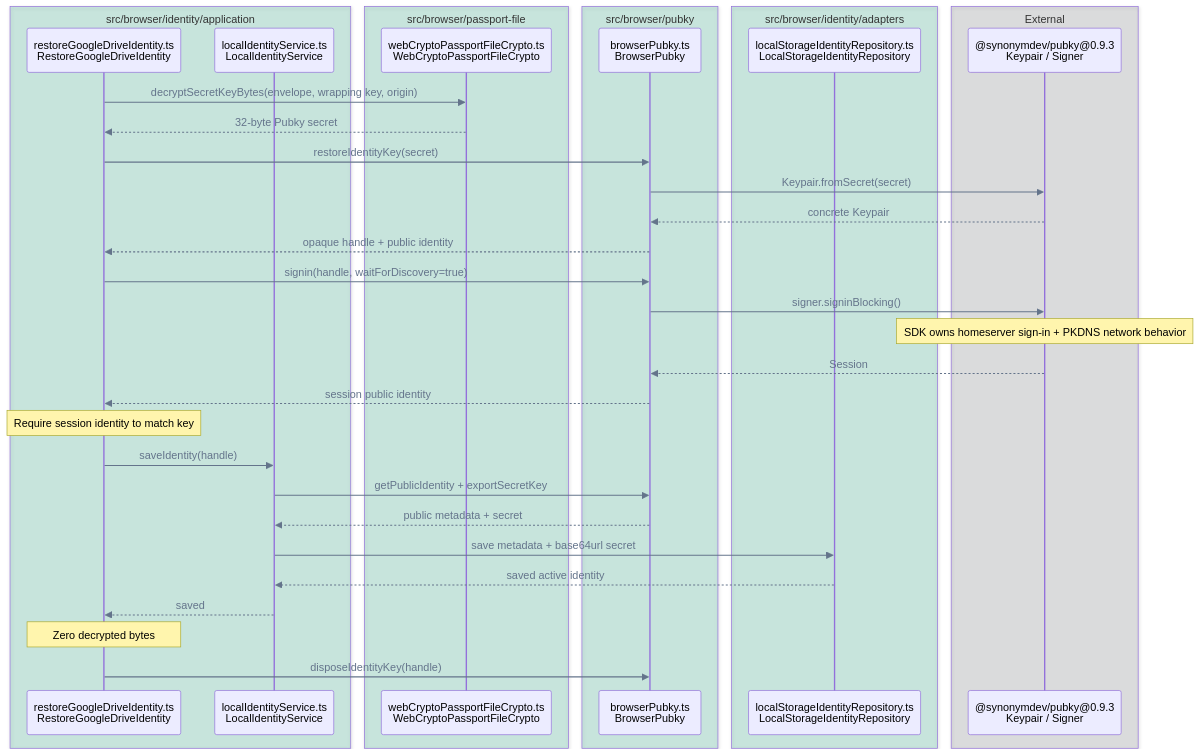
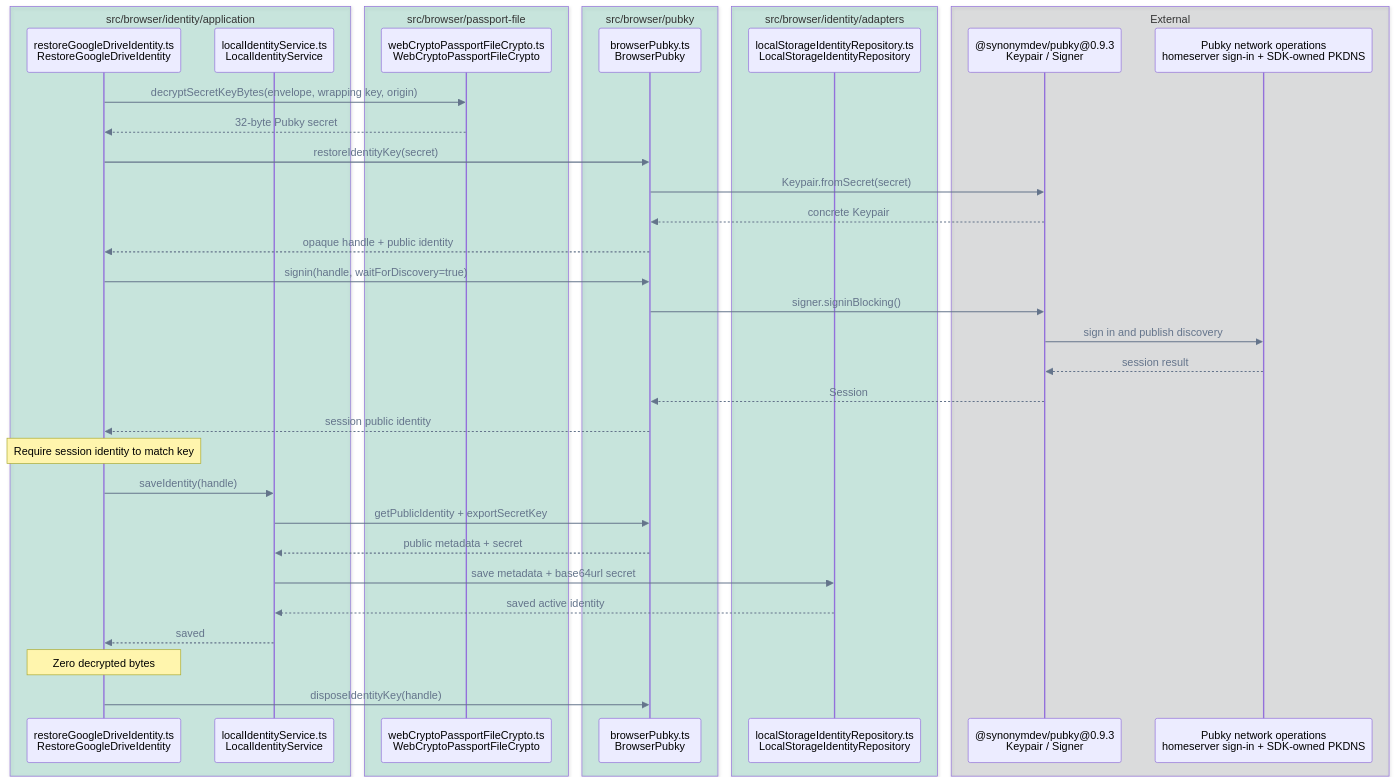
One commit to pubky/pubky-passport changed the ninth of 14 diagrams in FLOWS.md. Above: the diagram before and after it, drawn with Mermaid. The commit also changed other lines of this file, not shown here.

````diff
--- a/FLOWS.md
+++ b/FLOWS.md
@@ -436,43 +429,45 @@
 ```mermaid
 %%{init: {"themeVariables": {"signalColor": "#64748B", "signalTextColor": "#64748B"}}}%%
 sequenceDiagram
     accTitle: Existing identity restore call flow
     accDescr: Browser crypto decrypts the Drive envelope, BrowserPubky signs in with the restored key, and the verified identity is saved locally.
     box rgba(0, 158, 115, 0.18) src/browser/identity/application
         participant Restore as restoreGoogleDriveIdentity.ts<br/>RestoreGoogleDriveIdentity
         participant Local as localIdentityService.ts<br/>LocalIdentityService
     end
     box rgba(0, 158, 115, 0.18) src/browser/passport-file
         participant Crypto as webCryptoPassportFileCrypto.ts<br/>WebCryptoPassportFileCrypto
     end
     box rgba(0, 158, 115, 0.18) src/browser/pubky
         participant Pubky as browserPubky.ts<br/>BrowserPubky
     end
     box rgba(0, 158, 115, 0.18) src/browser/identity/adapters
         participant Repo as localStorageIdentityRepository.ts<br/>LocalStorageIdentityRepository
     end
     box rgba(17, 24, 39, 0.12) External
         participant SDK as @synonymdev/pubky@0.9.3<br/>Keypair / Signer
+        participant Network as Pubky network operations<br/>homeserver sign-in + SDK-owned PKDNS
     end
 
     Restore->>Crypto: decryptSecretKeyBytes(envelope, wrapping key, origin)
     Crypto-->>Restore: 32-byte Pubky secret
     Restore->>Pubky: restoreIdentityKey(secret)
     Pubky->>SDK: Keypair.fromSecret(secret)
     SDK-->>Pubky: concrete Keypair
     Pubky-->>Restore: opaque handle + public identity
     Restore->>Pubky: signin(handle, waitForDiscovery=true)
     Pubky->>SDK: signer.signinBlocking()
-    Note over SDK: SDK owns homeserver sign-in + PKDNS network behavior
+    SDK->>Network: sign in and publish discovery
+    Network-->>SDK: session result
     SDK-->>Pubky: Session
     Pubky-->>Restore: session public identity
     Note over Restore: Require session identity to match key
     Restore->>Local: saveIdentity(handle)
     Local->>Pubky: getPublicIdentity + exportSecretKey
     Pubky-->>Local: public metadata + secret
     Local->>Repo: save metadata + base64url secret
     Repo-->>Local: saved active identity
     Local-->>Restore: saved
     Note over Restore: Zero decrypted bytes
     Restore->>Pubky: disposeIdentityKey(handle)
 ```
````
